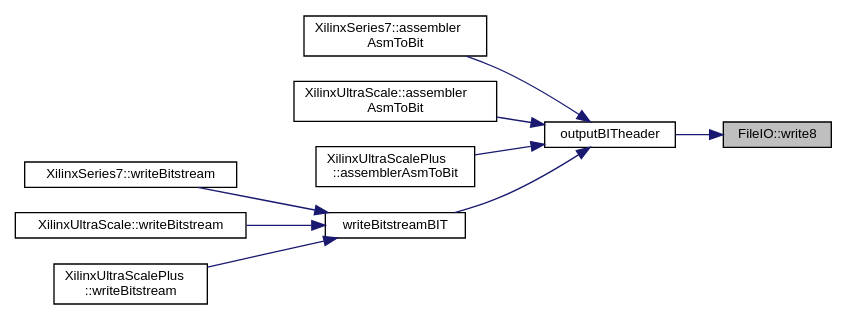
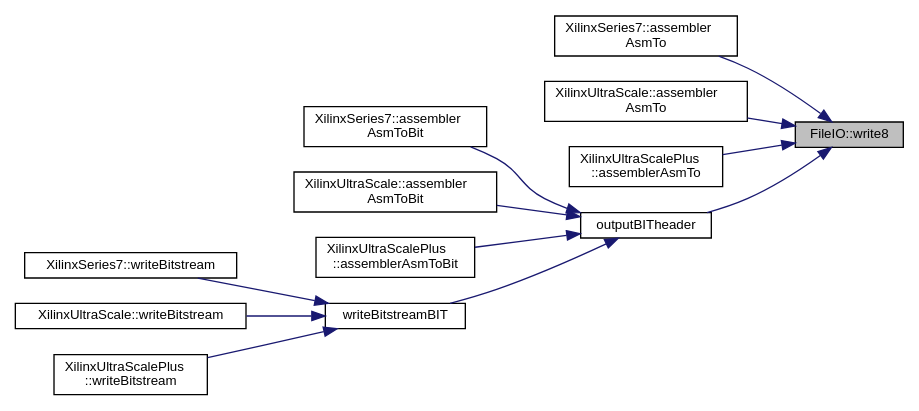
One commit to FPGA-Research-Manchester/byteman changed the diagram in namespaceFileIO_add682aedd139b75be682127cf68ab49d_icgraph.dot. Above: the diagram before and after it, drawn with Graphviz. The commit also changed 747 other files, not shown here.

```diff
--- a/namespaceFileIO_add682aedd139b75be682127cf68ab49d_icgraph.dot
+++ b/namespaceFileIO_add682aedd139b75be682127cf68ab49d_icgraph.dot
@@ -1,25 +1,31 @@
 digraph "FileIO::write8"
 {
  // INTERACTIVE_SVG=YES
  // LATEX_PDF_SIZE
   edge [fontname="Helvetica",fontsize="10",labelfontname="Helvetica",labelfontsize="10"];
   node [fontname="Helvetica",fontsize="10",shape=record];
   rankdir="RL";
   Node1 [label="FileIO::write8",height=0.2,width=0.4,color="black", fillcolor="grey75", style="filled", fontcolor="black",tooltip=" "];
   Node1 -> Node2 [dir="back",color="midnightblue",fontsize="10",style="solid",fontname="Helvetica"];
-  Node2 [label="outputBITheader",height=0.2,width=0.4,color="black", fillcolor="white", style="filled",URL="$inlineOutput_8h.html#a91979dffab085f36666aabd8b3b62934",tooltip=" "];
-  Node2 -> Node3 [dir="back",color="midnightblue",fontsize="10",style="solid",fontname="Helvetica"];
-  Node3 [label="XilinxSeries7::assembler\lAsmToBit",height=0.2,width=0.4,color="black", fillcolor="white", style="filled",URL="$classXilinxSeries7.html#a639a90ea02209c56a78ca7748265e842",tooltip=" "];
-  Node2 -> Node4 [dir="back",color="midnightblue",fontsize="10",style="solid",fontname="Helvetica"];
-  Node4 [label="XilinxUltraScale::assembler\lAsmToBit",height=0.2,width=0.4,color="black", fillcolor="white", style="filled",URL="$classXilinxUltraScale.html#ae59064108c5ceddce061542356c05a41",tooltip=" "];
-  Node2 -> Node5 [dir="back",color="midnightblue",fontsize="10",style="solid",fontname="Helvetica"];
-  Node5 [label="XilinxUltraScalePlus\l::assemblerAsmToBit",height=0.2,width=0.4,color="black", fillcolor="white", style="filled",URL="$classXilinxUltraScalePlus.html#a058802c627c4177c6fd88ca079551207",tooltip=" "];
-  Node2 -> Node6 [dir="back",color="midnightblue",fontsize="10",style="solid",fontname="Helvetica"];
-  Node6 [label="writeBitstreamBIT",height=0.2,width=0.4,color="black", fillcolor="white", style="filled",URL="$inlineOutput_8h.html#a7fb90fced1a719d94263f1c2e812ddb7",tooltip=" "];
-  Node6 -> Node7 [dir="back",color="midnightblue",fontsize="10",style="solid",fontname="Helvetica"];
-  Node7 [label="XilinxSeries7::writeBitstream",height=0.2,width=0.4,color="black", fillcolor="white", style="filled",URL="$classXilinxSeries7.html#a57013b15c1c846d96d7732ad5c0e0201",tooltip=" "];
-  Node6 -> Node8 [dir="back",color="midnightblue",fontsize="10",style="solid",fontname="Helvetica"];
-  Node8 [label="XilinxUltraScale::writeBitstream",height=0.2,width=0.4,color="black", fillcolor="white", style="filled",URL="$classXilinxUltraScale.html#ae7bdd2bbb29cb3ef06c611605d997287",tooltip=" "];
-  Node6 -> Node9 [dir="back",color="midnightblue",fontsize="10",style="solid",fontname="Helvetica"];
-  Node9 [label="XilinxUltraScalePlus\l::writeBitstream",height=0.2,width=0.4,color="black", fillcolor="white", style="filled",URL="$classXilinxUltraScalePlus.html#a7f2a7c34766d004adc6f1cfe1bdd62e7",tooltip=" "];
+  Node2 [label="XilinxSeries7::assembler\lAsmTo",height=0.2,width=0.4,color="black", fillcolor="white", style="filled",URL="$classXilinxSeries7.html#add24644bcb25c9d2832e08ee151419c5",tooltip=" "];
+  Node1 -> Node3 [dir="back",color="midnightblue",fontsize="10",style="solid",fontname="Helvetica"];
+  Node3 [label="XilinxUltraScale::assembler\lAsmTo",height=0.2,width=0.4,color="black", fillcolor="white", style="filled",URL="$classXilinxUltraScale.html#a5fc4f1606f3f0943ea92809c1632b47c",tooltip=" "];
+  Node1 -> Node4 [dir="back",color="midnightblue",fontsize="10",style="solid",fontname="Helvetica"];
+  Node4 [label="XilinxUltraScalePlus\l::assemblerAsmTo",height=0.2,width=0.4,color="black", fillcolor="white", style="filled",URL="$classXilinxUltraScalePlus.html#a3759d31f6e02c6d8fc6b8e46aec7b071",tooltip=" "];
+  Node1 -> Node5 [dir="back",color="midnightblue",fontsize="10",style="solid",fontname="Helvetica"];
+  Node5 [label="outputBITheader",height=0.2,width=0.4,color="black", fillcolor="white", style="filled",URL="$inlineOutput_8h.html#a91979dffab085f36666aabd8b3b62934",tooltip=" "];
+  Node5 -> Node6 [dir="back",color="midnightblue",fontsize="10",style="solid",fontname="Helvetica"];
+  Node6 [label="XilinxSeries7::assembler\lAsmToBit",height=0.2,width=0.4,color="black", fillcolor="white", style="filled",URL="$classXilinxSeries7.html#a639a90ea02209c56a78ca7748265e842",tooltip=" "];
+  Node5 -> Node7 [dir="back",color="midnightblue",fontsize="10",style="solid",fontname="Helvetica"];
+  Node7 [label="XilinxUltraScale::assembler\lAsmToBit",height=0.2,width=0.4,color="black", fillcolor="white", style="filled",URL="$classXilinxUltraScale.html#ae59064108c5ceddce061542356c05a41",tooltip=" "];
+  Node5 -> Node8 [dir="back",color="midnightblue",fontsize="10",style="solid",fontname="Helvetica"];
+  Node8 [label="XilinxUltraScalePlus\l::assemblerAsmToBit",height=0.2,width=0.4,color="black", fillcolor="white", style="filled",URL="$classXilinxUltraScalePlus.html#a058802c627c4177c6fd88ca079551207",tooltip=" "];
+  Node5 -> Node9 [dir="back",color="midnightblue",fontsize="10",style="solid",fontname="Helvetica"];
+  Node9 [label="writeBitstreamBIT",height=0.2,width=0.4,color="black", fillcolor="white", style="filled",URL="$inlineOutput_8h.html#a7fb90fced1a719d94263f1c2e812ddb7",tooltip=" "];
+  Node9 -> Node10 [dir="back",color="midnightblue",fontsize="10",style="solid",fontname="Helvetica"];
+  Node10 [label="XilinxSeries7::writeBitstream",height=0.2,width=0.4,color="black", fillcolor="white", style="filled",URL="$classXilinxSeries7.html#a57013b15c1c846d96d7732ad5c0e0201",tooltip=" "];
+  Node9 -> Node11 [dir="back",color="midnightblue",fontsize="10",style="solid",fontname="Helvetica"];
+  Node11 [label="XilinxUltraScale::writeBitstream",height=0.2,width=0.4,color="black", fillcolor="white", style="filled",URL="$classXilinxUltraScale.html#ae7bdd2bbb29cb3ef06c611605d997287",tooltip=" "];
+  Node9 -> Node12 [dir="back",color="midnightblue",fontsize="10",style="solid",fontname="Helvetica"];
+  Node12 [label="XilinxUltraScalePlus\l::writeBitstream",height=0.2,width=0.4,color="black", fillcolor="white", style="filled",URL="$classXilinxUltraScalePlus.html#a7f2a7c34766d004adc6f1cfe1bdd62e7",tooltip=" "];
 }
```
